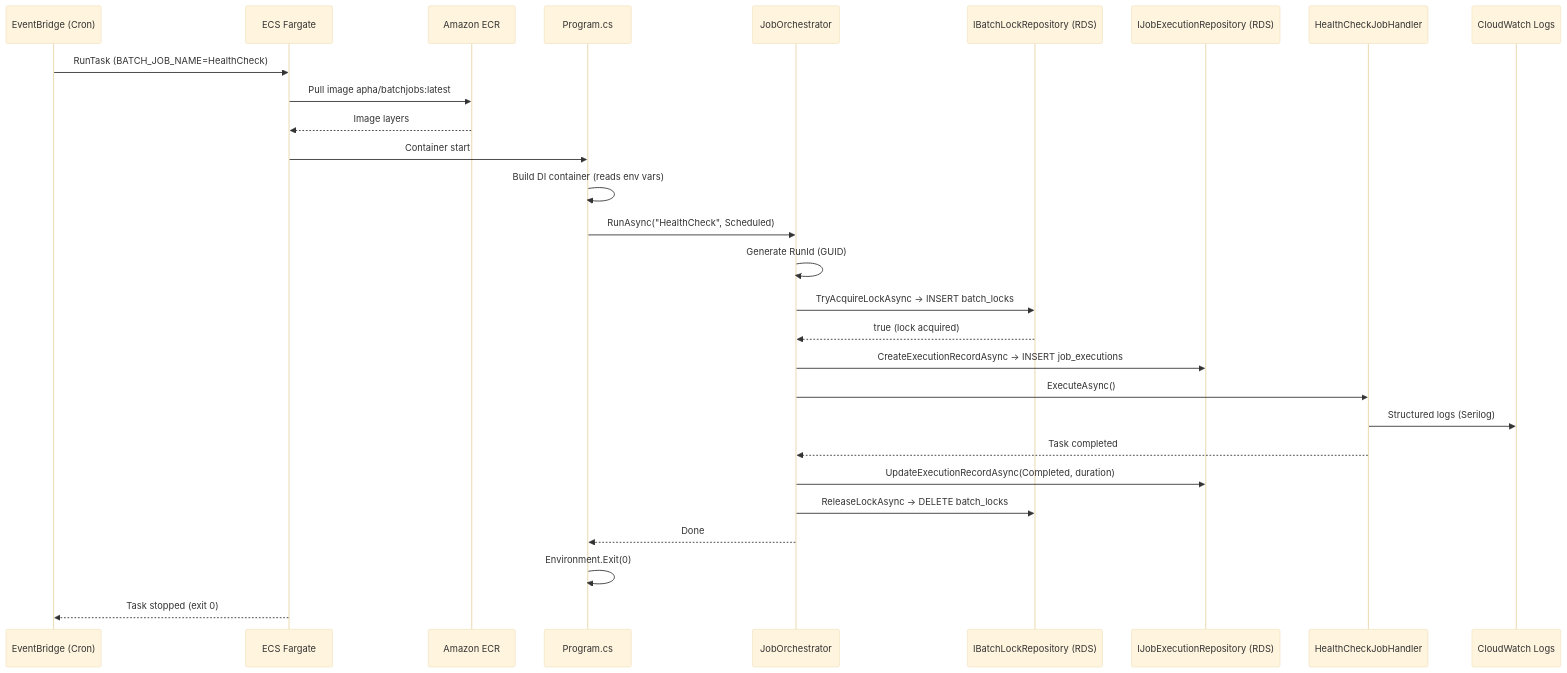
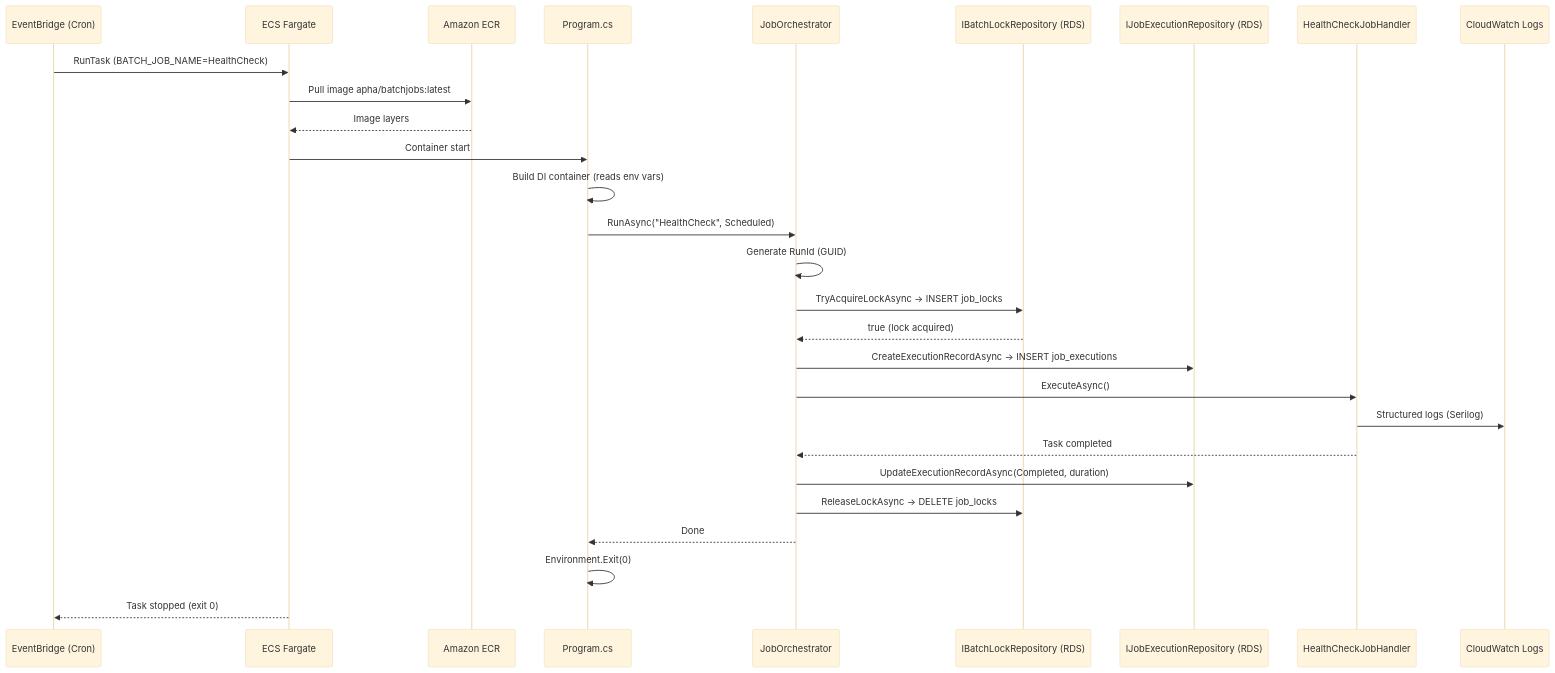
One commit to DEFRA/apha-fps-apps changed the second of 2 diagrams in src/Apha.BatchJobs/docs/EXECUTION-FLOW-AND-AWS-TRANSITION.md. Above: the diagram before and after it, drawn with Mermaid (base theme). The commit also changed other lines of this file and 20 other files, not shown here.

````diff
--- a/src/Apha.BatchJobs/docs/EXECUTION-FLOW-AND-AWS-TRANSITION.md
+++ b/src/Apha.BatchJobs/docs/EXECUTION-FLOW-AND-AWS-TRANSITION.md
@@ -232,31 +232,31 @@
 ```mermaid
 sequenceDiagram
     participant EB as EventBridge (Cron)
     participant ECS as ECS Fargate
     participant ECR as Amazon ECR
     participant App as Program.cs
     participant Orch as JobOrchestrator
     participant Lock as IBatchLockRepository (RDS)
     participant Exec as IJobExecutionRepository (RDS)
     participant Job as HealthCheckJobHandler
     participant CW as CloudWatch Logs
 
     EB->>ECS: RunTask (BATCH_JOB_NAME=HealthCheck)
     ECS->>ECR: Pull image apha/batchjobs:latest
     ECR-->>ECS: Image layers
     ECS->>App: Container start
     App->>App: Build DI container (reads env vars)
     App->>Orch: RunAsync("HealthCheck", Scheduled)
     Orch->>Orch: Generate RunId (GUID)
-    Orch->>Lock: TryAcquireLockAsync → INSERT batch_locks
+    Orch->>Lock: TryAcquireLockAsync → INSERT job_locks
     Lock-->>Orch: true (lock acquired)
     Orch->>Exec: CreateExecutionRecordAsync → INSERT job_executions
     Orch->>Job: ExecuteAsync()
     Job->>CW: Structured logs (Serilog)
     Job-->>Orch: Task completed
     Orch->>Exec: UpdateExecutionRecordAsync(Completed, duration)
-    Orch->>Lock: ReleaseLockAsync → DELETE batch_locks
+    Orch->>Lock: ReleaseLockAsync → DELETE job_locks
     Orch-->>App: Done
     App->>App: Environment.Exit(0)
     ECS-->>EB: Task stopped (exit 0)
 ```
````
